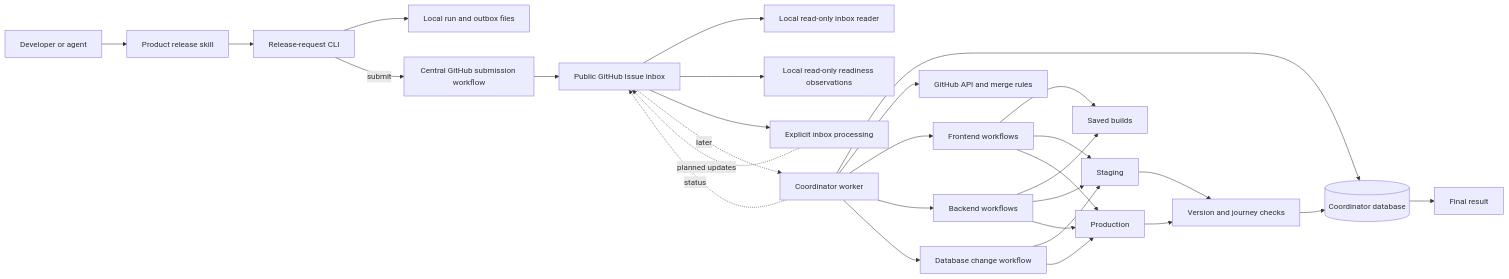
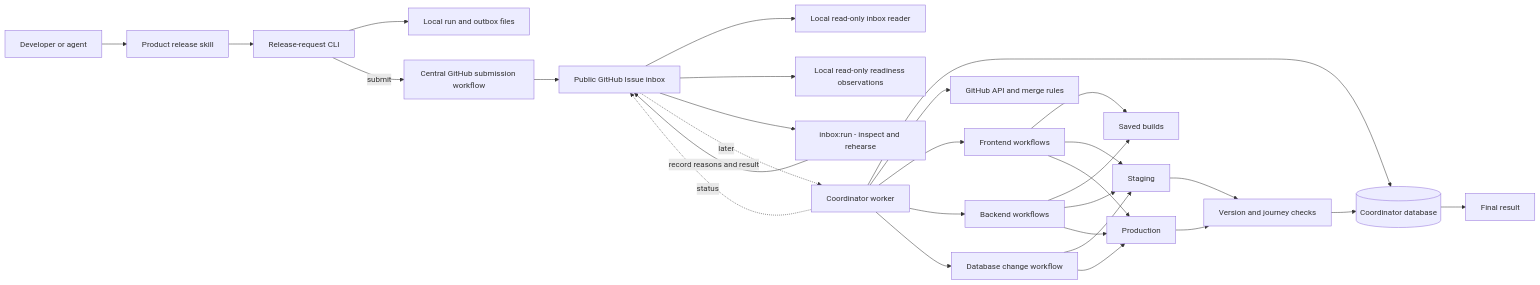
The diagram in docs/design.md (6529-Collections/6529-release-coordinator), drawn with Mermaid before and after one commit. The commit also changed other lines of this file and 32 other files, not shown here.

Commit message:
Unify inbox processing with automatic merge rehearsals

````diff
--- a/docs/design.md
+++ b/docs/design.md
@@ -141,33 +142,33 @@
 ```mermaid
 flowchart LR
     U[Developer or agent] --> S[Product release skill]
     S --> CLI[Release-request CLI]
     CLI --> LOCAL[Local run and outbox files]
     CLI -->|submit| GHIN[Central GitHub submission workflow]
     GHIN --> INBOX[Public GitHub Issue inbox]
     INBOX --> R[Local read-only inbox reader]
     INBOX --> RC[Local read-only readiness observations]
-    INBOX --> IP[Explicit inbox processing]
-    IP -. planned updates .-> INBOX
+    INBOX --> IP[inbox:run - inspect and rehearse]
+    IP -->|record reasons and result| INBOX
     INBOX -. later .-> W[Coordinator worker]
     W --> DB[(Coordinator database)]
 
     W --> GH[GitHub API and merge rules]
     W --> FE[Frontend workflows]
     W --> BE[Backend workflows]
     W --> DBC[Database change workflow]
     FE --> ART[Saved builds]
     BE --> ART
     FE --> STG[Staging]
     BE --> STG
     FE --> PROD[Production]
     BE --> PROD
     DBC --> STG
     DBC --> PROD
 
     STG --> E2E[Version and journey checks]
     PROD --> E2E
     E2E --> DB
     DB --> C[Final result]
     W -. status .-> INBOX
 ```
````
